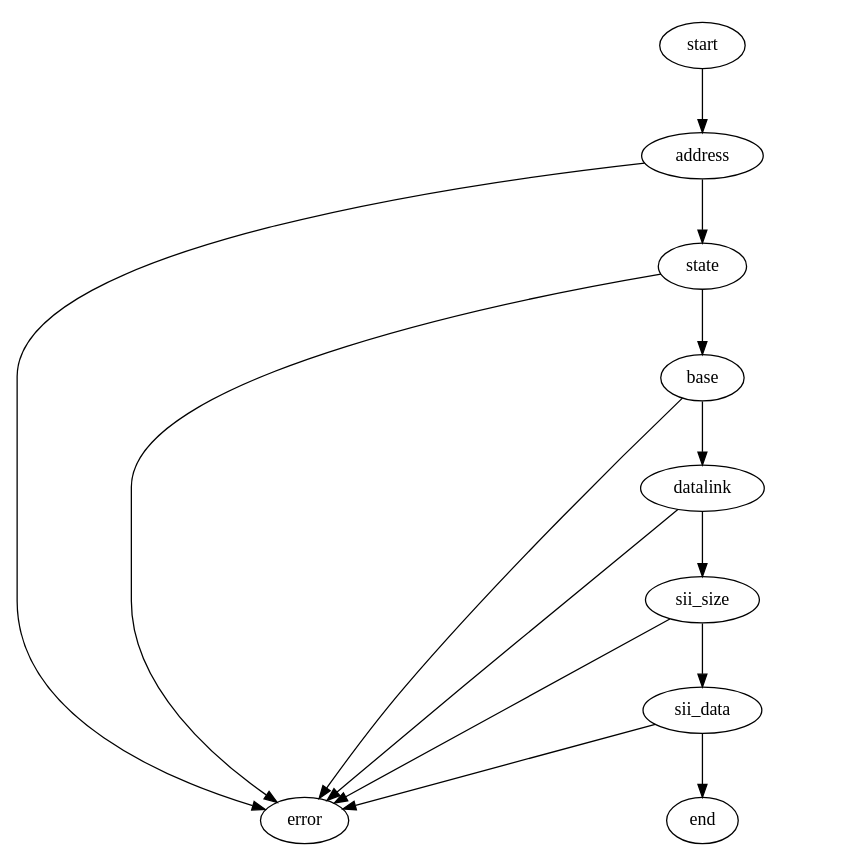
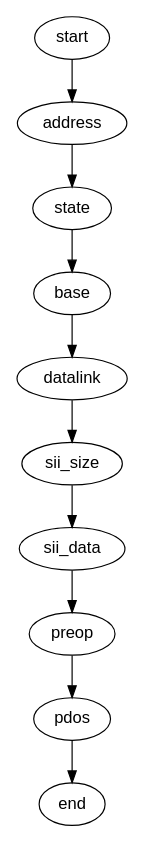
The diagram in documentation/graphs/fsm_slave_scan.dot (ribalda/ethercat), drawn with Graphviz before and after one commit. The commit also changed 9 other files, not shown here.

```diff
--- a/documentation/graphs/fsm_slave_scan.dot
+++ b/documentation/graphs/fsm_slave_scan.dot
@@ -1,28 +1,35 @@
 
 /* $Id$ */
 
 digraph slavescan {
-    size="7,9"
-    center=1
-	ratio=fill
+    size="1,7"
 
+    start [fontname="Helvetica"]
     start -> address [weight=10]
 
-    address -> error
+    address [fontname="Helvetica"]
     address -> state [weight=10]
 
-    state -> error
+    state [fontname="Helvetica"]
     state -> base [weight=10]
 
-    base -> error
+    base [fontname="Helvetica"]
     base -> datalink [weight=10]
 
-    datalink -> error
+    datalink [fontname="Helvetica"]
     datalink -> sii_size [weight=10]
 
-    sii_size -> error
+    sii_size [fontname="Helvetica"]
     sii_size -> sii_data [weight=10]
 
-    sii_data -> error
-    sii_data -> end [weight=10]
+    sii_data [fontname="Helvetica"]
+    sii_data -> preop [weight=10]
+
+    preop [fontname="Helvetica"]
+    preop -> pdos [weight=10]
+
+    pdos [fontname="Helvetica"]
+    pdos -> end [weight=10]
+
+    end [fontname="Helvetica"]
 }
```
